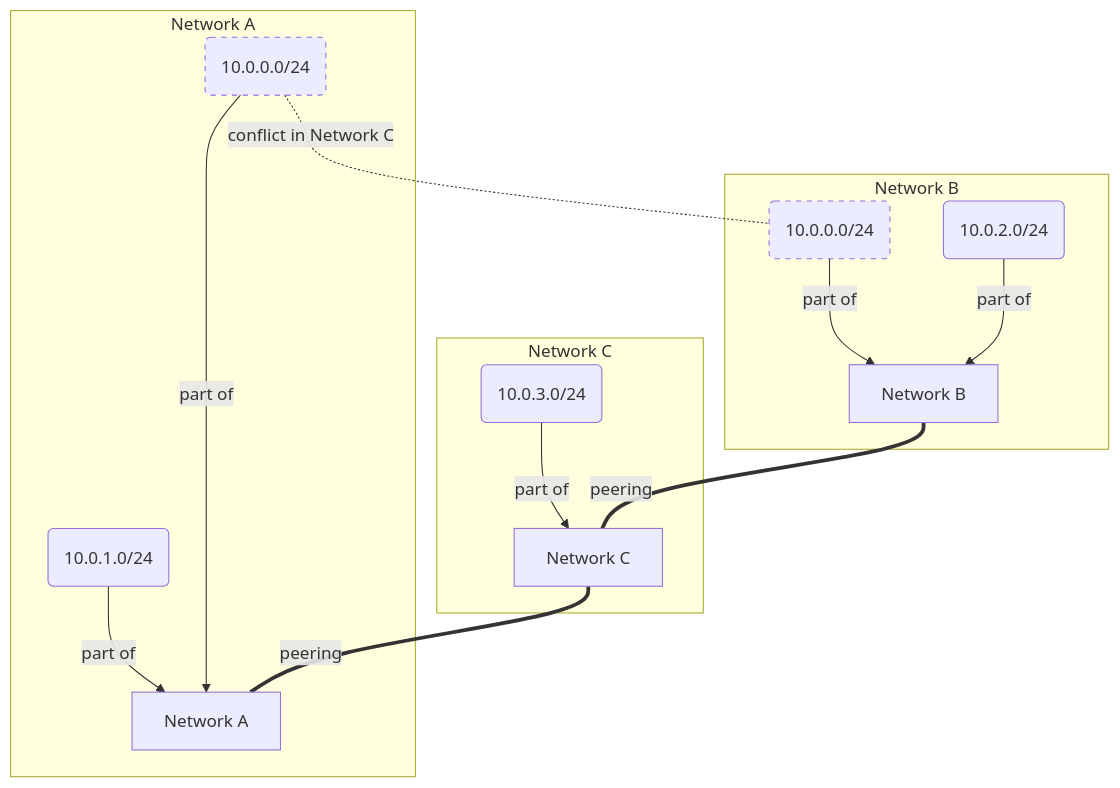
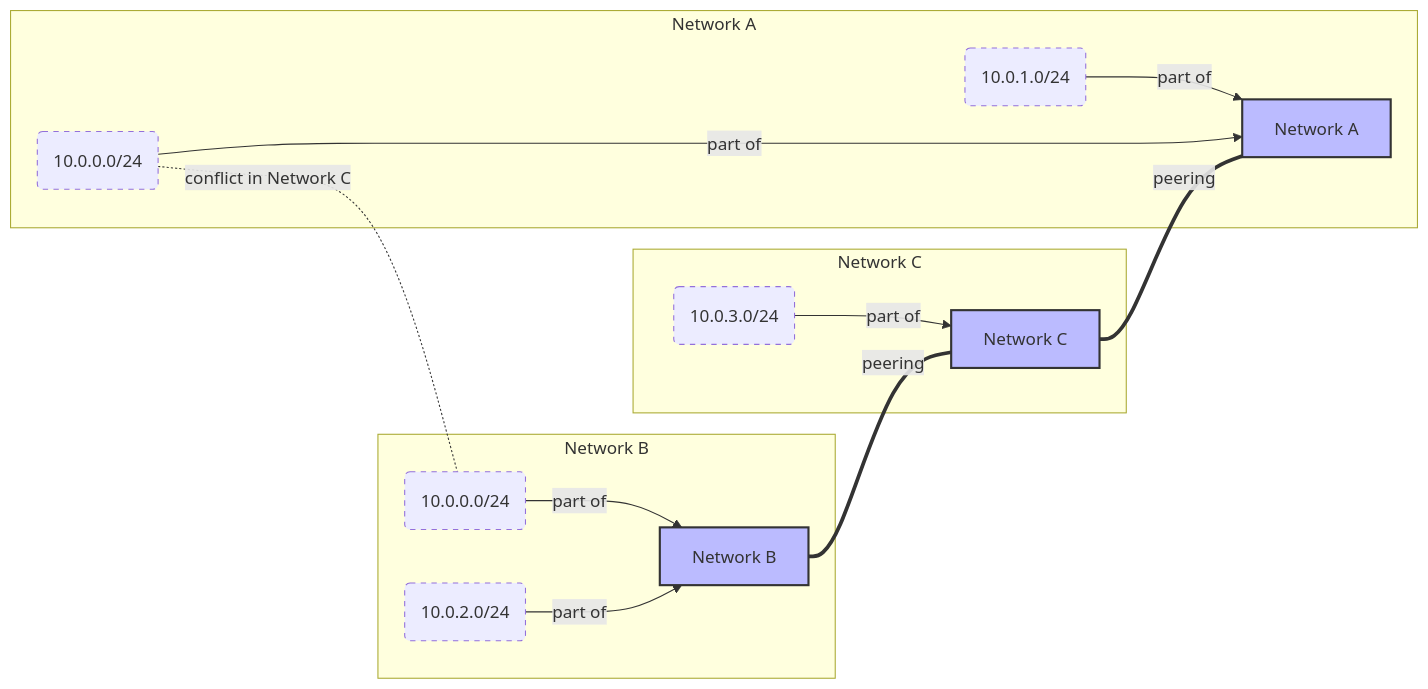
Before and after one commit to mattrussi/gitlab-com-runbooks: the second of 4 diagrams in docs/ci-runners/README.md, drawn with Mermaid. The commit also changed other lines of this file, not shown here.

First line of the commit message:
docs(ci-runners): style network diagrams

````diff
--- a/docs/ci-runners/README.md
+++ b/docs/ci-runners/README.md
@@ -179,24 +182,27 @@
 ```mermaid
-graph TD
+graph LR
+  classDef subnetwork stroke-dasharray: 5 5;
+  classDef vpc fill:#bbf,stroke:#333,stroke-width:2px;
+
   subgraph Network A
-    subnetwork_A_1("10.0.1.0/24") -->|part of| network_A["Network A"]
-    subnetwork_A_2("10.0.0.0/24") -->|part of| network_A
+    subnetwork_A_1("10.0.1.0/24"):::subnetwork -->|part of| network_A["Network A"]:::vpc
+    subnetwork_A_2("10.0.0.0/24"):::subnetwork -->|part of| network_A
   end
 
   subgraph Network B
-    subnetwork_B_2("10.0.0.0/24") -->|part of| network_B["Network B"]
-    subnetwork_B_1("10.0.2.0/24") -->|part of| network_B
+    subnetwork_B_2("10.0.0.0/24"):::subnetwork -->|part of| network_B["Network B"]:::vpc
+    subnetwork_B_1("10.0.2.0/24"):::subnetwork -->|part of| network_B
   end
 
   subgraph Network C
-    subnetwork_C_1("10.0.3.0/24") -->|part of| network_C["Network C"]
+    subnetwork_C_1("10.0.3.0/24"):::subnetwork -->|part of| network_C["Network C"]:::vpc
   end
 
   network_B ===|peering| network_C
   network_C ===|peering| network_A
 
   subnetwork_A_2 -.-|conflict in Network C| subnetwork_B_2
 
   style subnetwork_A_2 stroke-dasharray: 5 5
   style subnetwork_B_2 stroke-dasharray: 5 5
 ```
````
